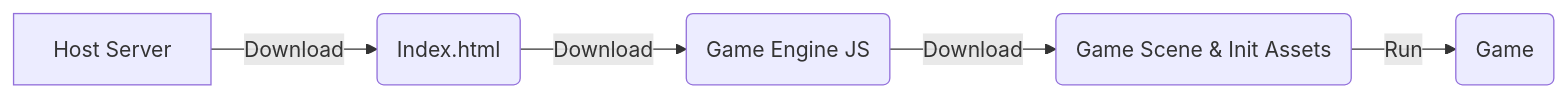
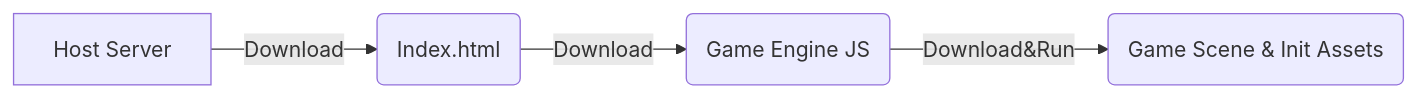
One commit to BricL/CC3.WebZipBundle changed the first of 3 diagrams in README.md. Above: the diagram before and after it, drawn with Mermaid. The commit also changed other lines of this file, not shown here.

Commit message:
Update README.md to clarify download and execution flow for game assets and scenes

````diff
--- a/README.md
+++ b/README.md
@@ -27,7 +27,6 @@
 ```mermaid
 flowchart LR
    A[Host Server] -->|Download| B(Index.html)
    B -->|Download| C(Game Engine JS)
-   C -->|Download| D(Game Scene & Init Assets)
-   D -->|Run| E(Game)
+   C -->|Download&Run| D(Game Scene & Init Assets)
 ```
````
